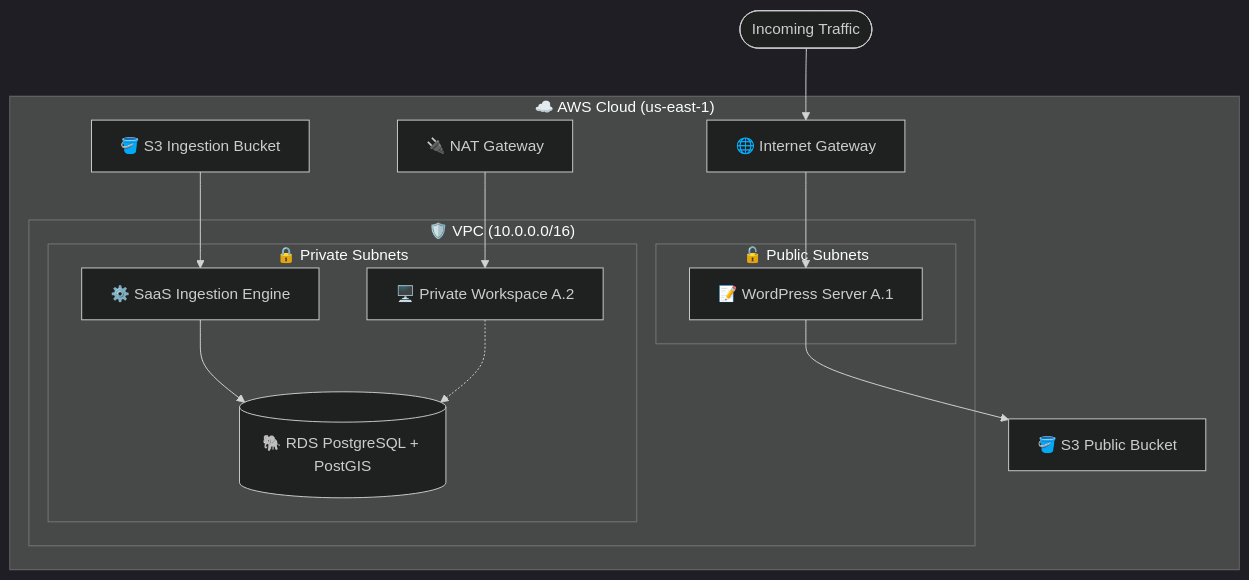
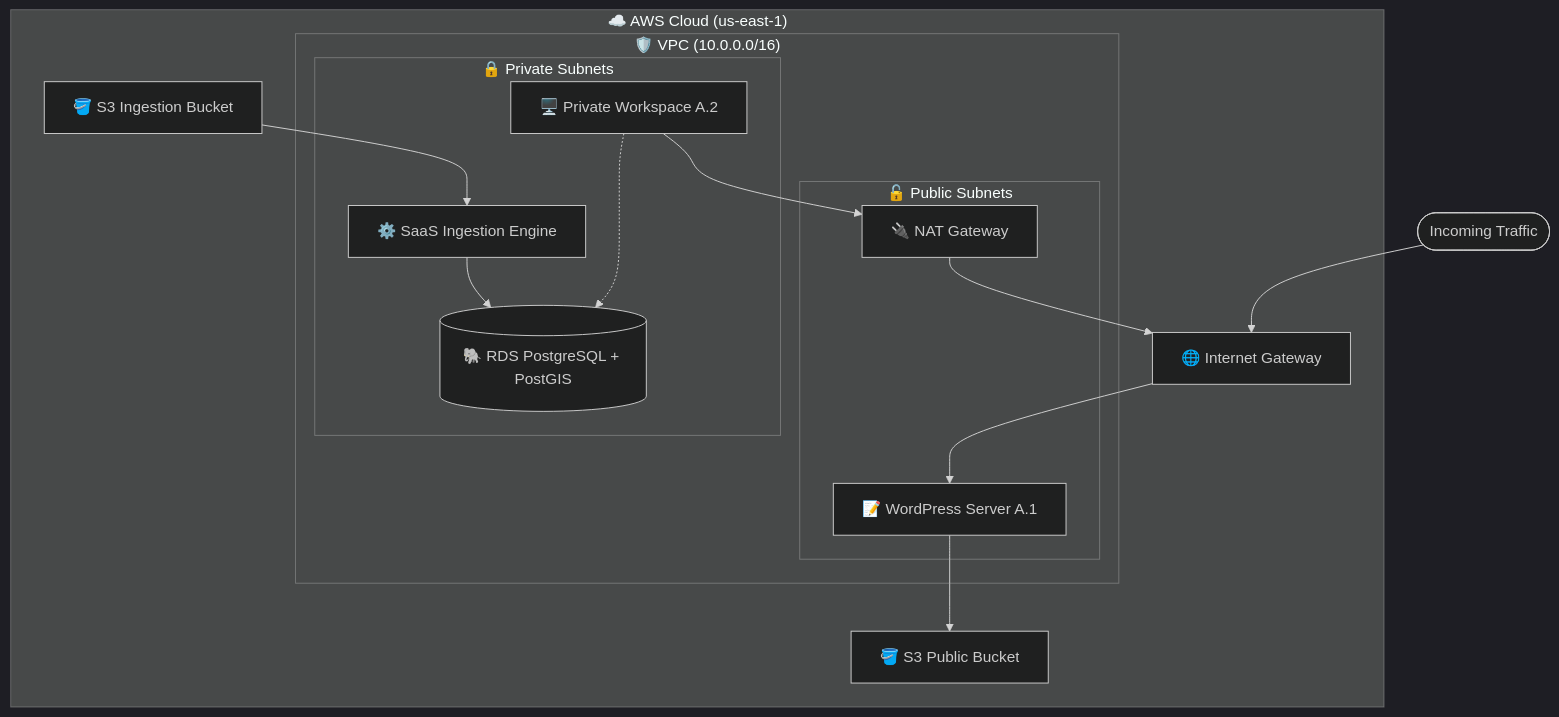
The diagram in README.md (Kinanw38/asterra-devops-project), drawn with Mermaid (dark theme) before and after one commit.

Commit message:
docs: fix network flow and NAT gateway placement in architecture diagram

````diff
--- a/README.md
+++ b/README.md
@@ -9,35 +9,40 @@
 ```mermaid
 graph TD
     %% Nodes Definition inside Subgraphs
     subgraph AWS_Cloud ["☁️ AWS Cloud (us-east-1)"]
         IGW["🌐 Internet Gateway"]
-        NAT["🔌 NAT Gateway"]
         
         subgraph VPC_Env ["🛡️ VPC (10.0.0.0/16)"]
             subgraph Public_Subnets ["🔓 Public Subnets"]
                 WP["📝 WordPress Server A.1"]
+                NAT["🔌 NAT Gateway"]
             end
             
             subgraph Private_Subnets ["🔒 Private Subnets"]
                 PW["🖥️ Private Workspace A.2"]
                 SaaS["⚙️ SaaS Ingestion Engine"]
                 RDS[("🐘 RDS PostgreSQL + PostGIS")]
             end
         end
 
         S3_Pub["🪣 S3 Public Bucket"]
         S3_Priv["🪣 S3 Ingestion Bucket"]
     end
 
     %% External User Traffic
     USR(["Incoming Traffic"])
 
     %% Flow Connections
     USR --> IGW
     IGW --> WP
     WP --> S3_Pub
-    NAT --> PW
+    
+    %% Outbound Private Traffic via NAT (The Correct DevOps Flow)
+    PW --> NAT
+    NAT --> IGW
+    
+    %% Ingestion & DB Flow
     S3_Priv --> SaaS
     SaaS --> RDS
     PW -.-> RDS
 ```
````
